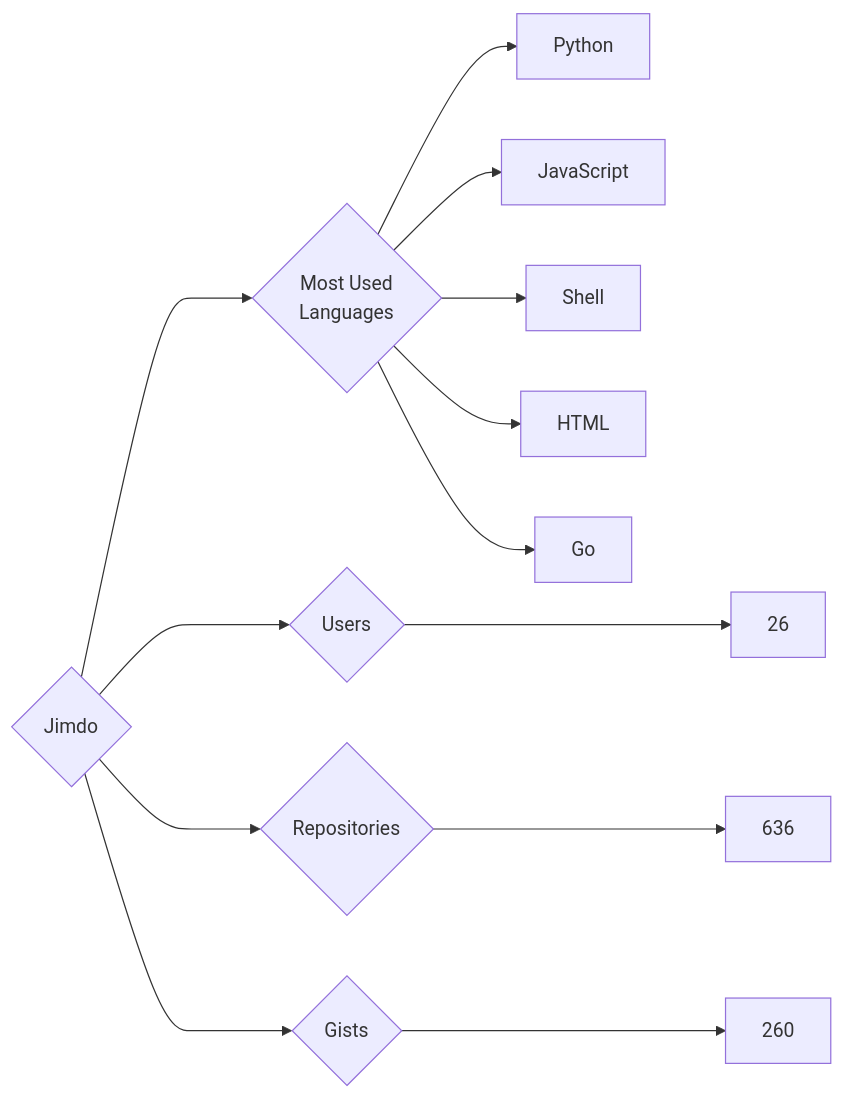
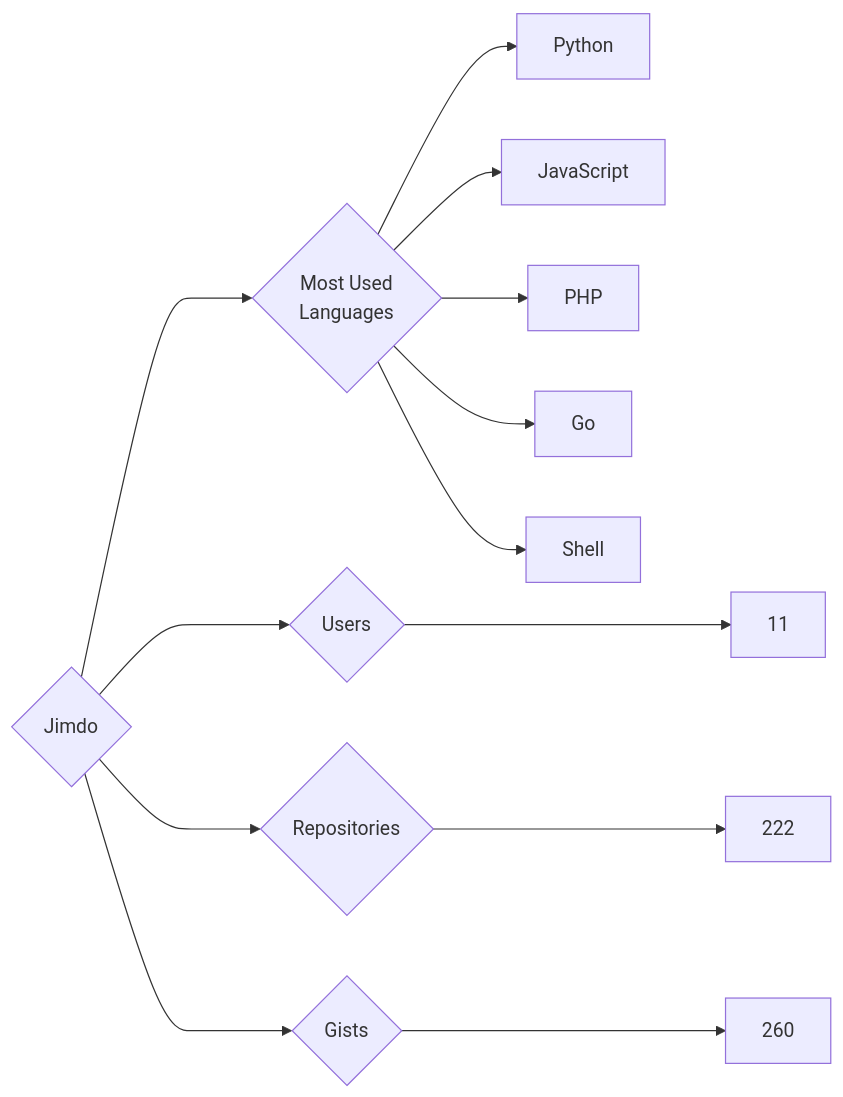
One commit to trickest/insiders changed the diagram in targets/Jimdo/README.md. Above: the diagram before and after it, drawn with Mermaid. The commit also changed 639 other files, not shown here.

````diff
--- a/targets/Jimdo/README.md
+++ b/targets/Jimdo/README.md
@@ -3,13 +3,13 @@
 ```mermaid
 graph LR
 COMPANY_NAME{Jimdo}
-COMPANY_NAME ---> U{Users} ---> UN[26]
-COMPANY_NAME ---> R{Repositories} ---> RN[636]
+COMPANY_NAME ---> U{Users} ---> UN[11]
+COMPANY_NAME ---> R{Repositories} ---> RN[222]
 COMPANY_NAME ---> G{Gists} ---> GN[260]
 COMPANY_NAME ---> ML{Most Used<br>Languages}
 ML --> Python[Python]
 ML --> JavaScript[JavaScript]
+ML --> PHP[PHP]
+ML --> Go[Go]
 ML --> Shell[Shell]
-ML --> HTML[HTML]
-ML --> Go[Go]
 ```
````
